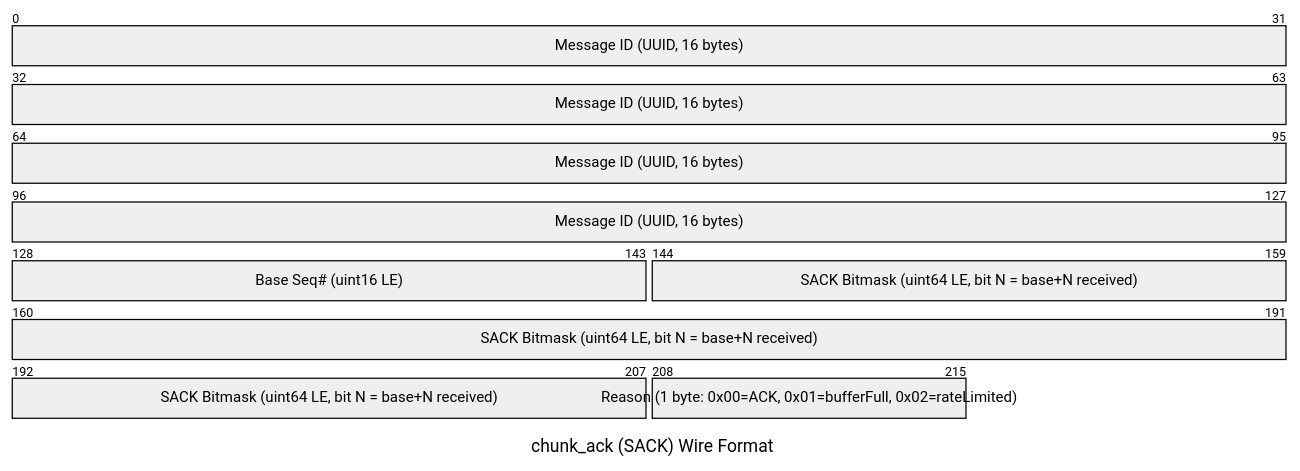
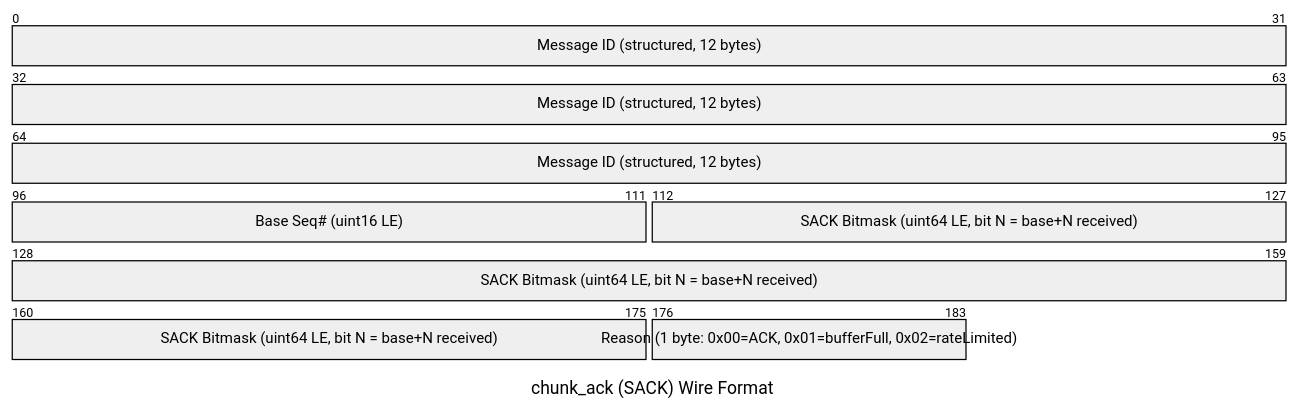
Before and after one commit to trancee/MeshLink: the fifth of 21 diagrams in docs/design.md, drawn with Mermaid. The commit also changed other lines of this file and 11 other files, not shown here.

````diff
--- a/docs/design.md
+++ b/docs/design.md
@@ -449,10 +449,10 @@
 ```mermaid
 ---
 title: "chunk_ack (SACK) Wire Format"
 ---
 packet-beta
-  0-127: "Message ID (UUID, 16 bytes)"
-  128-143: "Base Seq# (uint16 LE)"
-  144-207: "SACK Bitmask (uint64 LE, bit N = base+N received)"
-  208-215: "Reason (1 byte: 0x00=ACK, 0x01=bufferFull, 0x02=rateLimited)"
+  0-95: "Message ID (structured, 12 bytes)"
+  96-111: "Base Seq# (uint16 LE)"
+  112-175: "SACK Bitmask (uint64 LE, bit N = base+N received)"
+  176-183: "Reason (1 byte: 0x00=ACK, 0x01=bufferFull, 0x02=rateLimited)"
 ```
````
